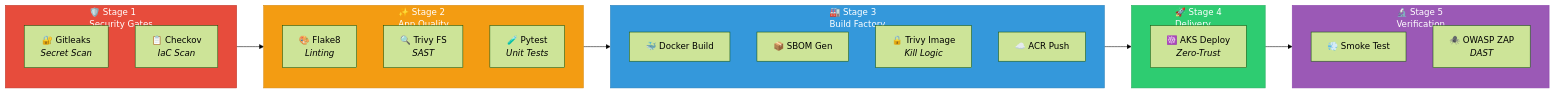
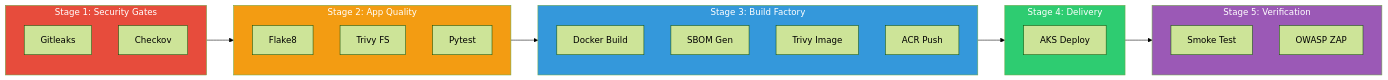
Before and after one commit to Shrinet82/zero-trust-devsecops: the first of 3 diagrams in README.md, drawn with Mermaid (forest theme). The commit also changed other lines of this file, not shown here.

Commit message:
fix: Simplify Mermaid diagrams for GitHub rendering

````diff
--- a/README.md
+++ b/README.md
@@ -33,42 +33,37 @@
 ```mermaid
 flowchart LR
-    subgraph S1["🛡️ Stage 1<br/>Security Gates"]
-        direction TB
-        S1A["🔐 Gitleaks<br/><i>Secret Scan</i>"]
-        S1B["📋 Checkov<br/><i>IaC Scan</i>"]
+    subgraph S1["Stage 1: Security Gates"]
+        S1A[Gitleaks]
+        S1B[Checkov]
     end
 
-    subgraph S2["✨ Stage 2<br/>App Quality"]
-        direction TB
-        S2A["🎨 Flake8<br/><i>Linting</i>"]
-        S2B["🔍 Trivy FS<br/><i>SAST</i>"]
-        S2C["🧪 Pytest<br/><i>Unit Tests</i>"]
+    subgraph S2["Stage 2: App Quality"]
+        S2A[Flake8]
+        S2B[Trivy FS]
+        S2C[Pytest]
     end
 
-    subgraph S3["🏭 Stage 3<br/>Build Factory"]
-        direction TB
-        S3A["🐳 Docker Build"]
-        S3B["📦 SBOM Gen"]
-        S3C["🔒 Trivy Image<br/><i>Kill Logic</i>"]
-        S3D["☁️ ACR Push"]
+    subgraph S3["Stage 3: Build Factory"]
+        S3A[Docker Build]
+        S3B[SBOM Gen]
+        S3C[Trivy Image]
+        S3D[ACR Push]
     end
 
-    subgraph S4["🚀 Stage 4<br/>Delivery"]
-        direction TB
-        S4A["☸️ AKS Deploy<br/><i>Zero-Trust</i>"]
+    subgraph S4["Stage 4: Delivery"]
+        S4A[AKS Deploy]
     end
 
-    subgraph S5["🔬 Stage 5<br/>Verification"]
-        direction TB
-        S5A["💨 Smoke Test"]
-        S5B["🕷️ OWASP ZAP<br/><i>DAST</i>"]
+    subgraph S5["Stage 5: Verification"]
+        S5A[Smoke Test]
+        S5B[OWASP ZAP]
     end
 
     S1 --> S2 --> S3 --> S4 --> S5
 
-    style S1 fill:#e74c3c,stroke:#c0392b,color:#fff
-    style S2 fill:#f39c12,stroke:#d68910,color:#fff
-    style S3 fill:#3498db,stroke:#2980b9,color:#fff
-    style S4 fill:#2ecc71,stroke:#27ae60,color:#fff
-    style S5 fill:#9b59b6,stroke:#8e44ad,color:#fff
+    style S1 fill:#e74c3c,color:#fff
+    style S2 fill:#f39c12,color:#fff
+    style S3 fill:#3498db,color:#fff
+    style S4 fill:#2ecc71,color:#fff
+    style S5 fill:#9b59b6,color:#fff
 ```
````
